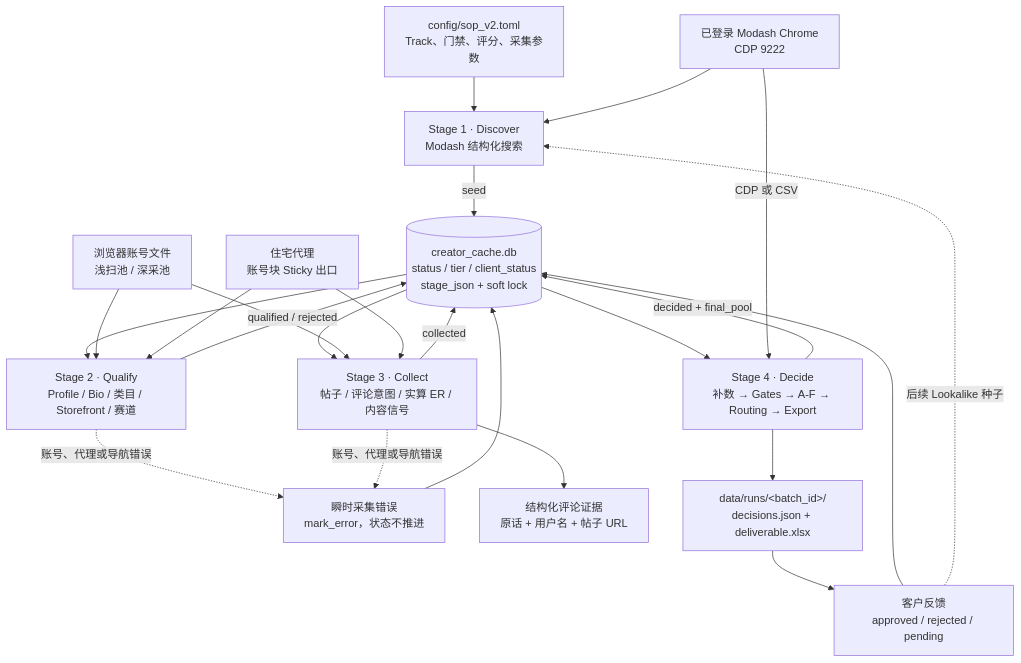
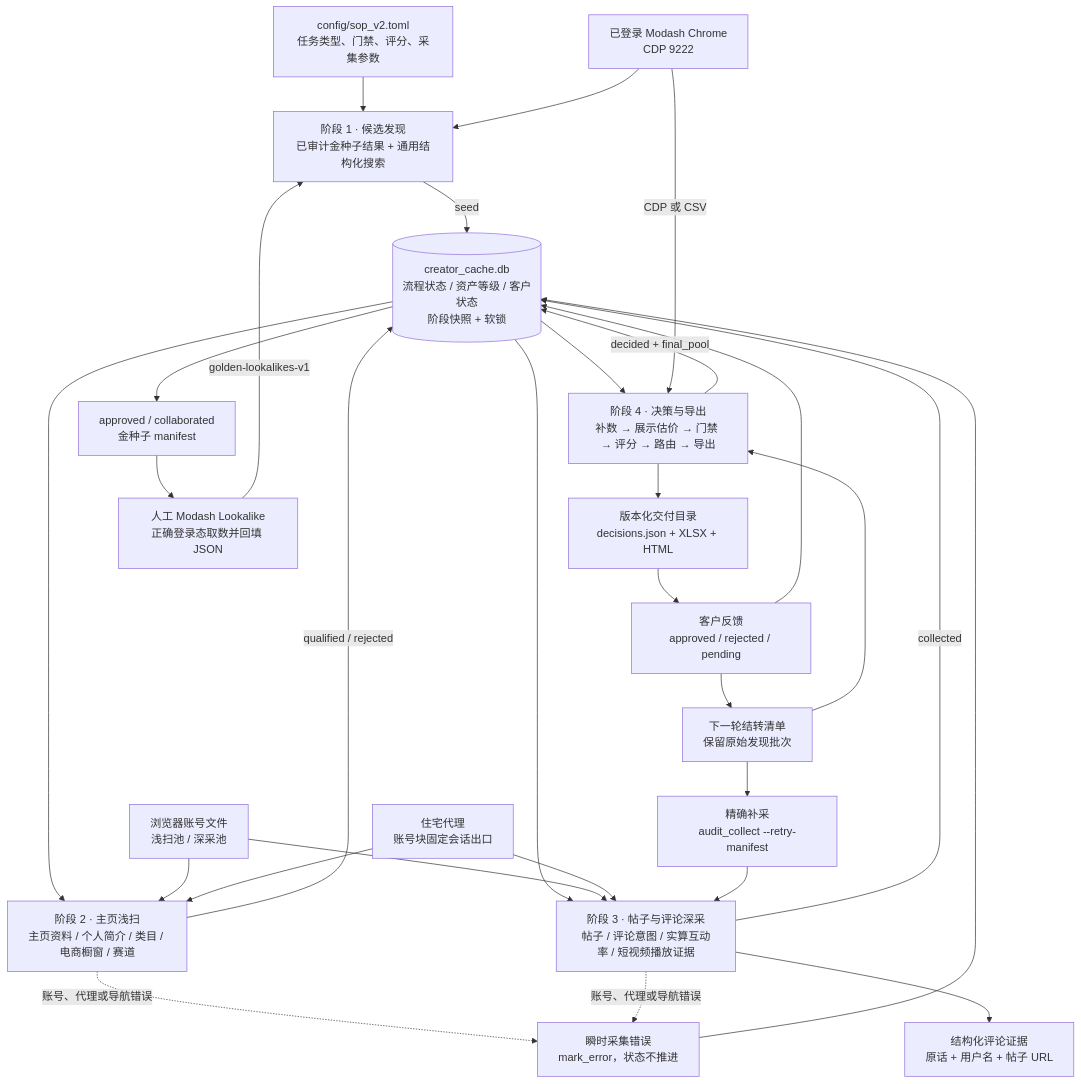
One commit to 2358841593-cell/ins--collector-ultimate changed the first of 3 diagrams in README.md. Above: the diagram before and after it, drawn with Mermaid. The commit also changed other lines of this file and 61 other files, not shown here.

````diff
--- a/README.md
+++ b/README.md
@@ -36,40 +38,46 @@
 ```mermaid
 flowchart TB
-    CFG["config/sop_v2.toml<br/>Track、门禁、评分、采集参数"]
+    CFG["config/sop_v2.toml<br/>任务类型、门禁、评分、采集参数"]
     MODASH["已登录 Modash Chrome<br/>CDP 9222"]
     ACCOUNTS["浏览器账号文件<br/>浅扫池 / 深采池"]
-    PROXY["住宅代理<br/>账号块 Sticky 出口"]
+    PROXY["住宅代理<br/>账号块固定会话出口"]
 
-    S1["Stage 1 · Discover<br/>Modash 结构化搜索"]
-    S2["Stage 2 · Qualify<br/>Profile / Bio / 类目 / Storefront / 赛道"]
-    S3["Stage 3 · Collect<br/>帖子 / 评论意图 / 实算 ER / 内容信号"]
-    S4["Stage 4 · Decide<br/>补数 → Gates → A-F → Routing → Export"]
+    S1["阶段 1 · 候选发现<br/>已审计金种子结果 + 通用结构化搜索"]
+    S2["阶段 2 · 主页浅扫<br/>主页资料 / 个人简介 / 类目 / 电商橱窗 / 赛道"]
+    S3["阶段 3 · 帖子与评论深采<br/>帖子 / 评论意图 / 实算互动率 / 短视频播放证据"]
+    S4["阶段 4 · 决策与导出<br/>补数 → 展示估价 → 门禁 → 评分 → 路由 → 导出"]
 
-    DB[("creator_cache.db<br/>status / tier / client_status<br/>stage_json + soft lock")]
+    DB[("creator_cache.db<br/>流程状态 / 资产等级 / 客户状态<br/>阶段快照 + 软锁")]
     ERR["瞬时采集错误<br/>mark_error，状态不推进"]
     EVIDENCE["结构化评论证据<br/>原话 + 用户名 + 帖子 URL"]
-    OUT["data/runs/&lt;batch_id&gt;/<br/>decisions.json + deliverable.xlsx"]
+    OUT["版本化交付目录<br/>decisions.json + XLSX + HTML"]
     FEEDBACK["客户反馈<br/>approved / rejected / pending"]
+    CARRY["下一轮结转清单<br/>保留原始发现批次"]
+    RETRY["精确补采<br/>audit_collect --retry-manifest"]
+    GOLDEN["approved / collaborated<br/>金种子 manifest"]
+    MANUAL_LA["人工 Modash Lookalike<br/>正确登录态取数并回填 JSON"]
 
     CFG --> S1
     MODASH --> S1
     S1 -->|"seed"| DB
     DB --> S2
     ACCOUNTS --> S2
     PROXY --> S2
     S2 -->|"qualified / rejected"| DB
     DB --> S3
     ACCOUNTS --> S3
     PROXY --> S3
     S3 -->|"collected"| DB
     S3 --> EVIDENCE
     DB --> S4
     MODASH -->|"CDP 或 CSV"| S4
     S4 -->|"decided + final_pool"| DB
     S4 --> OUT
     S2 -. "账号、代理或导航错误" .-> ERR
     S3 -. "账号、代理或导航错误" .-> ERR
     ERR --> DB
     OUT --> FEEDBACK --> DB
-    FEEDBACK -. "后续 Lookalike 种子" .-> S1
+    FEEDBACK --> CARRY --> RETRY --> S3
+    CARRY --> S4
+    DB --> GOLDEN --> MANUAL_LA -->|"golden-lookalikes-v1"| S1
 ```
````
